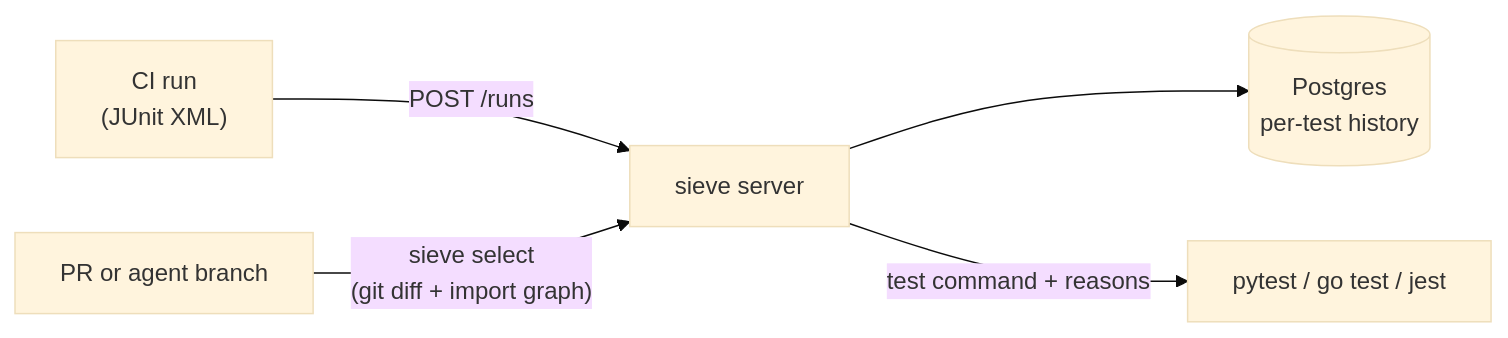
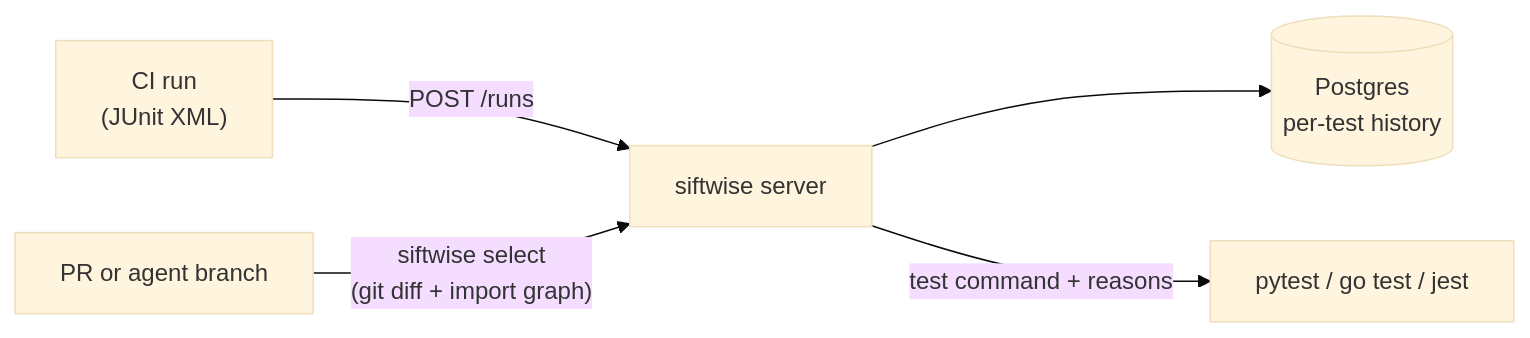
Before and after one commit to PramodBasavarajMenasi/sieve: the diagram in README.md, drawn with Mermaid (base theme). The commit also changed other lines of this file and 63 other files, not shown here.

````diff
--- a/README.md
+++ b/README.md
@@ -46,7 +46,7 @@
 ```mermaid
 flowchart LR
-    CI["CI run<br/>(JUnit XML)"] -->|POST /runs| S["sieve server"]
+    CI["CI run<br/>(JUnit XML)"] -->|POST /runs| S["siftwise server"]
     S --> DB[("Postgres<br/>per-test history")]
-    PR["PR or agent branch"] -->|"sieve select<br/>(git diff + import graph)"| S
+    PR["PR or agent branch"] -->|"siftwise select<br/>(git diff + import graph)"| S
     S -->|"test command + reasons"| T["pytest / go test / jest"]
 ```
````
